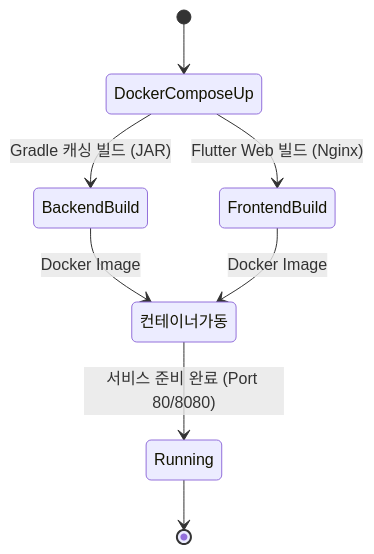
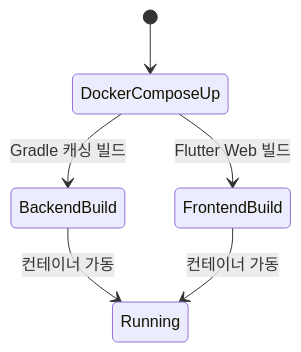
Before and after one commit to bymond17/docker-flutter-springboot-sample: the fourth of 4 diagrams in README.md, drawn with Mermaid. The commit also changed other lines of this file, not shown here.

````diff
--- a/README.md
+++ b/README.md
@@ -84,10 +87,8 @@
 ```mermaid
 stateDiagram-v2
     [*] --> DockerComposeUp
-    DockerComposeUp --> BackendBuild: Gradle 캐싱 빌드 (JAR)
-    DockerComposeUp --> FrontendBuild: Flutter Web 빌드 (Nginx)
-    BackendBuild --> 컨테이너가동: Docker Image
-    FrontendBuild --> 컨테이너가동: Docker Image
-    컨테이너가동 --> Running: 서비스 준비 완료 (Port 80/8080)
-    Running --> [*]
+    DockerComposeUp --> BackendBuild: Gradle 캐싱 빌드
+    DockerComposeUp --> FrontendBuild: Flutter Web 빌드
+    BackendBuild --> Running: 컨테이너 가동
+    FrontendBuild --> Running: 컨테이너 가동
 ```
````
